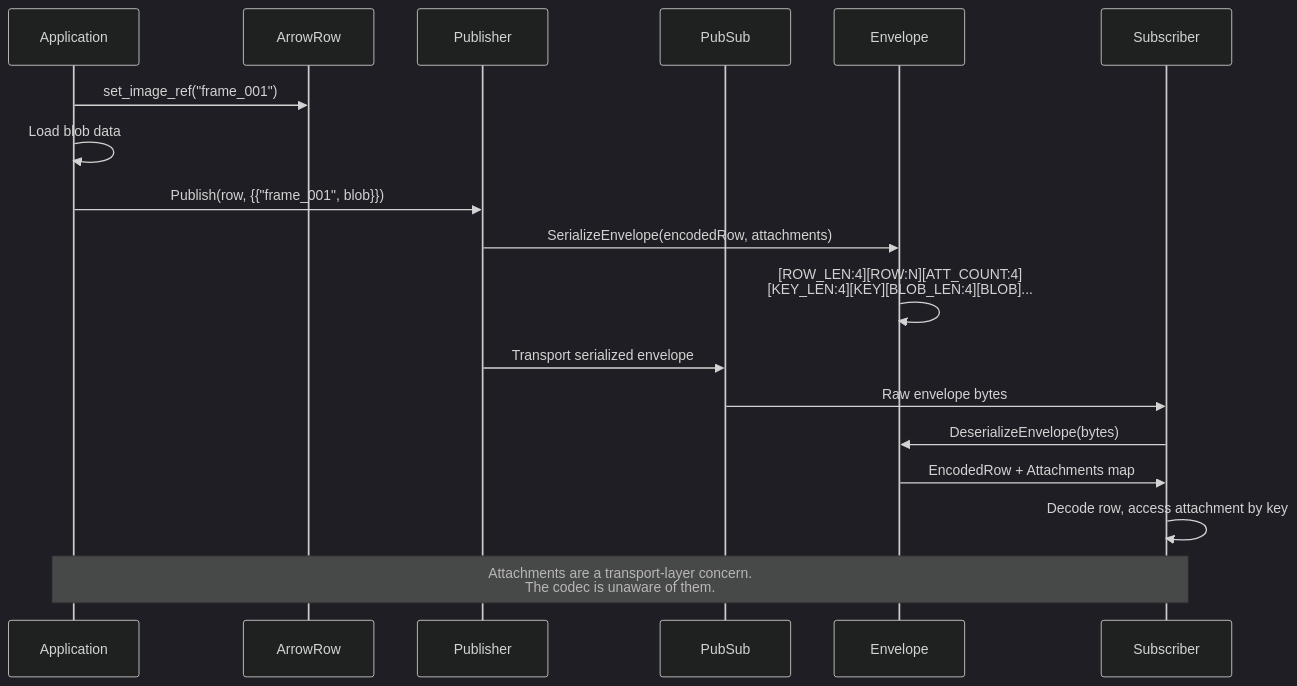
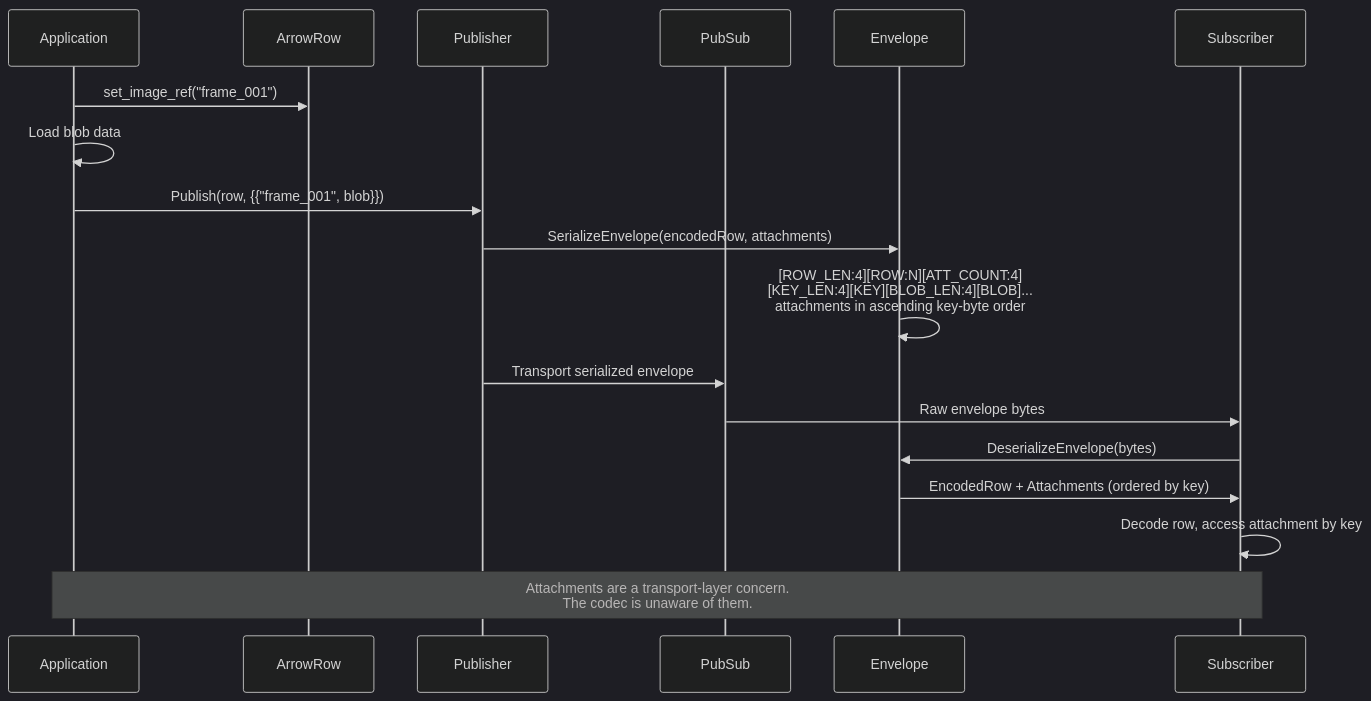
Before and after one commit to eivacom/Fletcher: the fifth of 6 diagrams in docs/data-flow-diagrams.md, drawn with Mermaid (dark theme). The commit also changed 254 other files, not shown here.

````diff
--- a/docs/data-flow-diagrams.md
+++ b/docs/data-flow-diagrams.md
@@ -136,24 +136,24 @@
 ```mermaid
 sequenceDiagram
     participant APP as Application
     participant ROW as ArrowRow
     participant PUB as Publisher
     participant PP as PubSub
     participant ENV as Envelope
     participant SUB as Subscriber
 
     APP->>ROW: set_image_ref("frame_001")
     APP->>APP: Load blob data
 
     APP->>PUB: Publish(row, {{"frame_001", blob}})
     PUB->>ENV: SerializeEnvelope(encodedRow, attachments)
-    ENV->>ENV: [ROW_LEN:4][ROW:N][ATT_COUNT:4]<br/>[KEY_LEN:4][KEY][BLOB_LEN:4][BLOB]...
+    ENV->>ENV: [ROW_LEN:4][ROW:N][ATT_COUNT:4]<br/>[KEY_LEN:4][KEY][BLOB_LEN:4][BLOB]...<br/>attachments in ascending key-byte order
     PUB->>PP: Transport serialized envelope
 
     PP->>SUB: Raw envelope bytes
     SUB->>ENV: DeserializeEnvelope(bytes)
-    ENV->>SUB: EncodedRow + Attachments map
+    ENV->>SUB: EncodedRow + Attachments (ordered by key)
     SUB->>SUB: Decode row, access attachment by key
 
     Note over APP,SUB: Attachments are a transport-layer concern.<br/>The codec is unaware of them.
 ```
````
